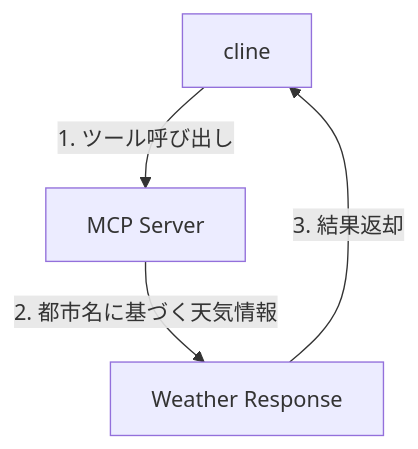
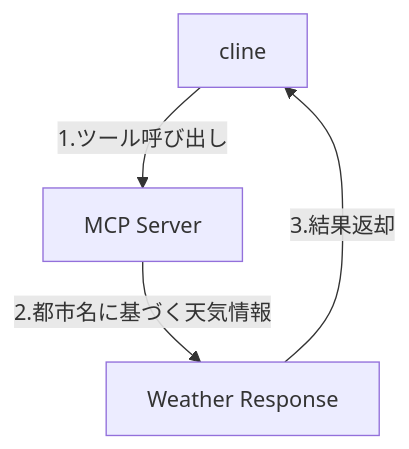
One commit to littlemex/aws-samples changed the first of 3 diagrams in workshops/ai-coding-workshop/cline/1.mcp/README.md. Above: the diagram before and after it, drawn with Mermaid.

Commit message:
rm space of mermaid

````diff
--- a/workshops/ai-coding-workshop/cline/1.mcp/README.md
+++ b/workshops/ai-coding-workshop/cline/1.mcp/README.md
@@ -127,6 +127,6 @@
 ```mermaid
 graph TD
-    A[cline] -->|1. ツール呼び出し| B[MCP Server]
-    B -->|2. 都市名に基づく天気情報| C[Weather Response]
-    C -->|3. 結果返却| A
+    A[cline] -->|1.ツール呼び出し| B[MCP Server]
+    B -->|2.都市名に基づく天気情報| C[Weather Response]
+    C -->|3.結果返却| A
 ```
````
